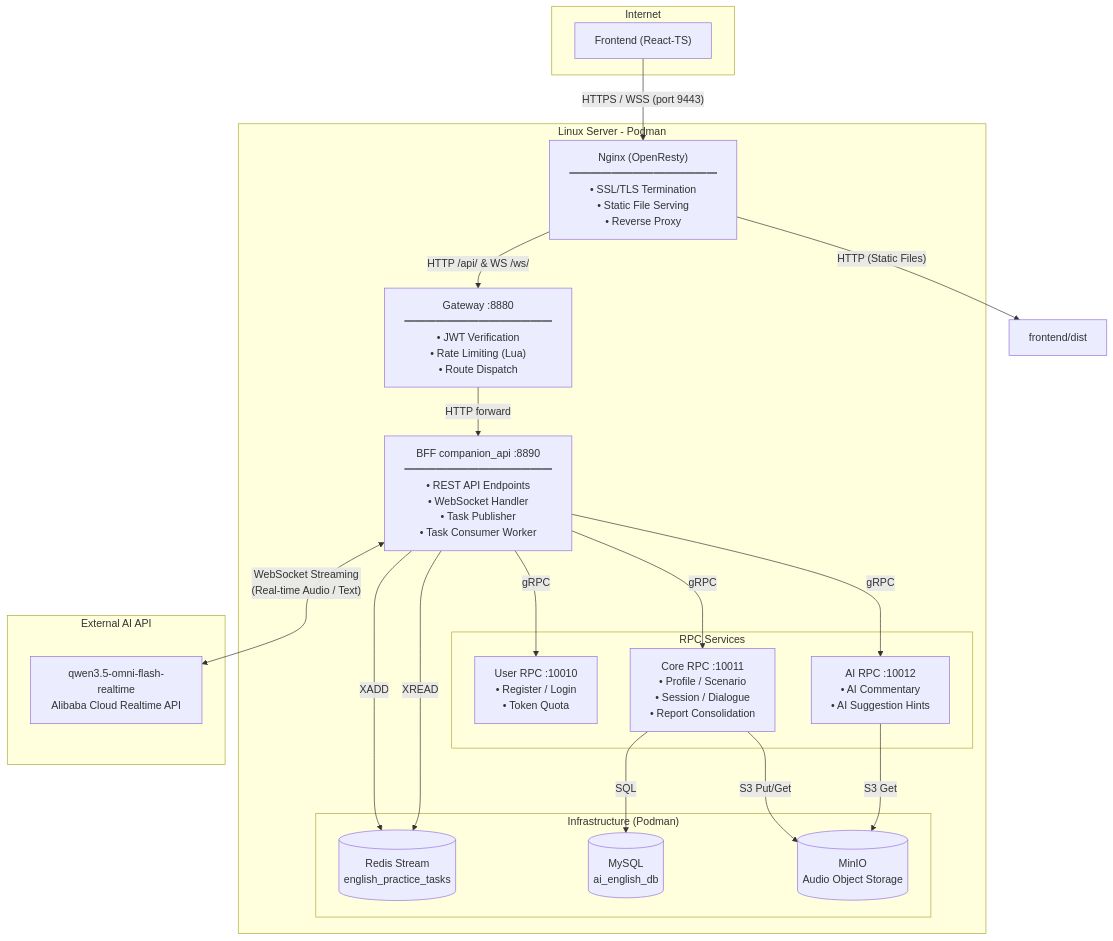
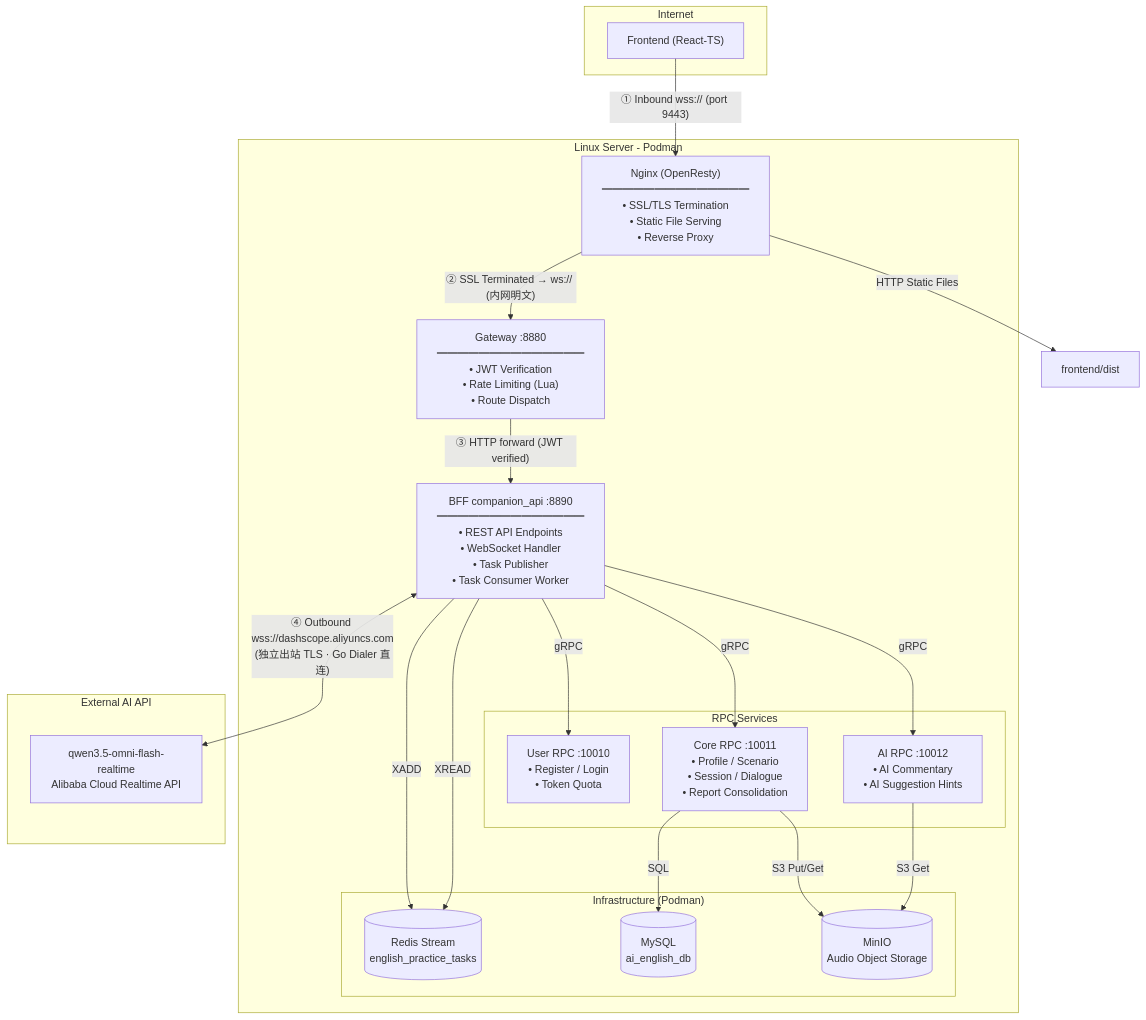
One commit to victorHuang818/ai-english-companion changed the diagram in README.md. Above: the diagram before and after it, drawn with Mermaid. The commit also changed other lines of this file, not shown here.

Commit message:
docs: clarify dual TLS segments in architecture diagram and add callout explanation

````diff
--- a/README.md
+++ b/README.md
@@ -11,47 +17,47 @@
 ```mermaid
 graph TD
     A["Frontend (React-TS)"]
 
     subgraph Internet
         A
     end
 
     subgraph "Linux Server - Podman"
         NGX["Nginx (OpenResty)\n━━━━━━━━━━━━━━\n• SSL/TLS Termination\n• Static File Serving\n• Reverse Proxy"]
         GW["Gateway :8880\n━━━━━━━━━━━━━━\n• JWT Verification\n• Rate Limiting (Lua)\n• Route Dispatch"]
         BFF["BFF companion_api :8890\n━━━━━━━━━━━━━━\n• REST API Endpoints\n• WebSocket Handler\n• Task Publisher\n• Task Consumer Worker"]
 
         subgraph "RPC Services"
             URPC["User RPC :10010\n• Register / Login\n• Token Quota"]
             CRPC["Core RPC :10011\n• Profile / Scenario\n• Session / Dialogue\n• Report Consolidation"]
             ARPC["AI RPC :10012\n• AI Commentary\n• AI Suggestion Hints"]
         end
 
         subgraph "Infrastructure (Podman)"
             REDIS[("Redis Stream\nenglish_practice_tasks")]
             MYSQL[("MySQL\nai_english_db")]
             MINIO[("MinIO\nAudio Object Storage")]
         end
     end
 
     subgraph "External AI API"
         QWEN["qwen3.5-omni-flash-realtime\nAlibaba Cloud Realtime API"]
     end
 
-    A -->|"HTTPS / WSS (port 9443)"| NGX
-    NGX -->|"HTTP (Static Files)"| STA["frontend/dist"]
-    NGX -->|"HTTP /api/ & WS /ws/"| GW
-    GW -->|"HTTP forward"| BFF
+    A -->|"① Inbound wss:// (port 9443)"| NGX
+    NGX -->|"HTTP Static Files"| STA["frontend/dist"]
+    NGX -->|"② SSL Terminated → ws:// (内网明文)"| GW
+    GW -->|"③ HTTP forward (JWT verified)"| BFF
 
-    BFF <-->|"WebSocket Streaming\n(Real-time Audio / Text)"| QWEN
+    BFF <-->|"④ Outbound wss://dashscope.aliyuncs.com\n(独立出站 TLS · Go Dialer 直连)"| QWEN
 
     BFF -->|gRPC| URPC
     BFF -->|gRPC| CRPC
     BFF -->|gRPC| ARPC
     BFF -->|XADD| REDIS
     BFF -->|XREAD| REDIS
 
     CRPC -->|SQL| MYSQL
     CRPC -->|"S3 Put/Get"| MINIO
     ARPC -->|"S3 Get"| MINIO
 ```
````
